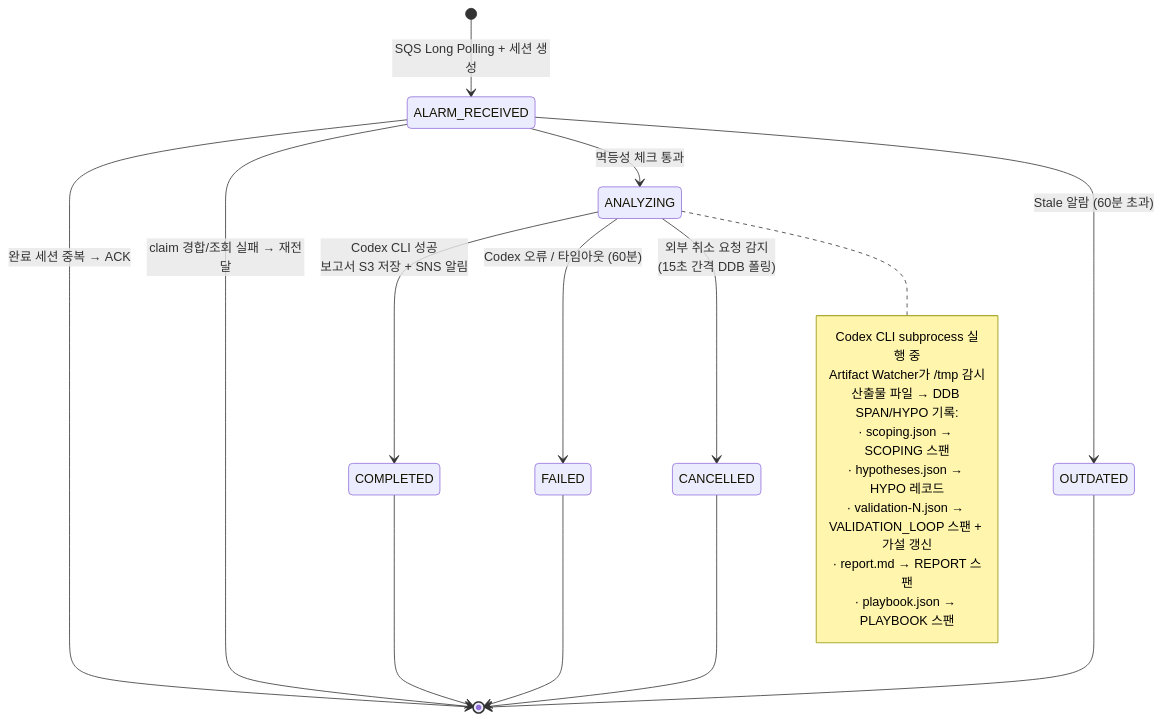
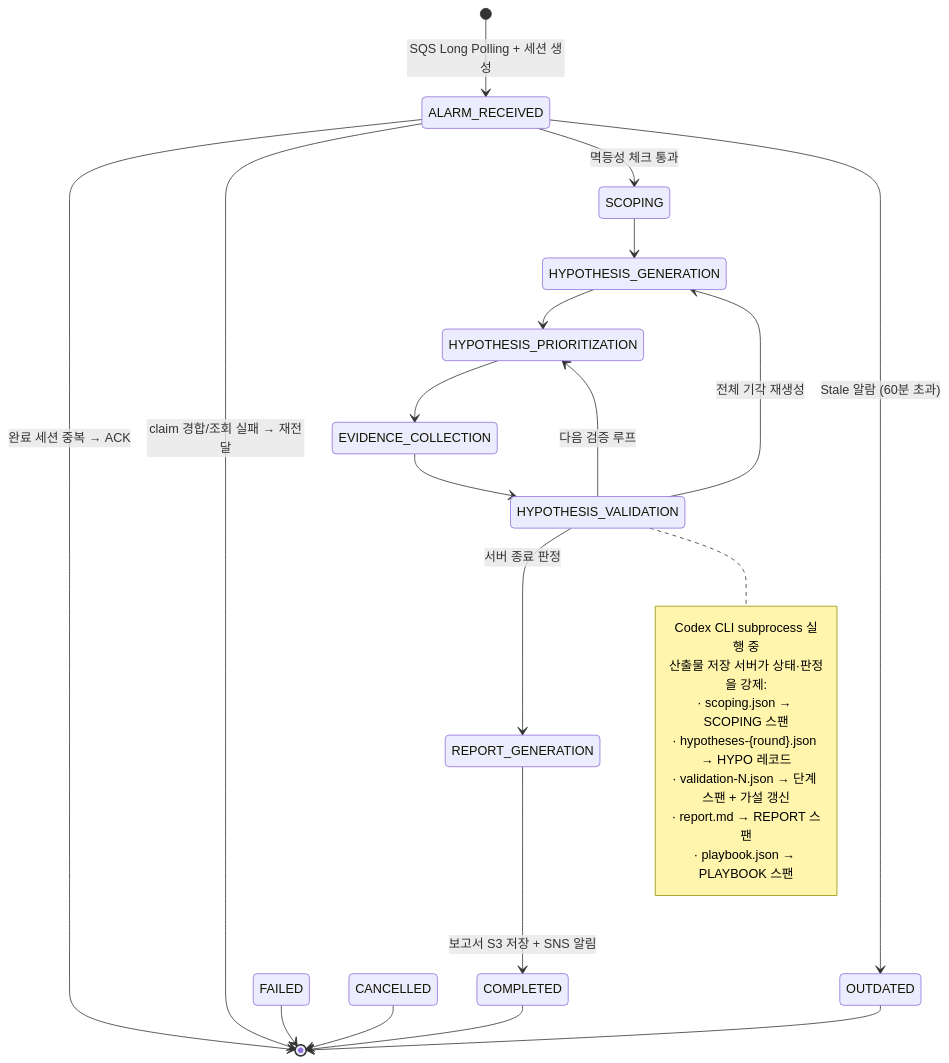
The fifth of 9 diagrams in docs/architecture-and-demo-flow.md (haandol/rca-agent), drawn with Mermaid before and after one commit. The commit also changed other lines of this file and 64 other files, not shown here.

````diff
--- a/docs/architecture-and-demo-flow.md
+++ b/docs/architecture-and-demo-flow.md
@@ -357,30 +356,34 @@
 ```mermaid
 stateDiagram-v2
     [*] --> ALARM_RECEIVED: SQS Long Polling + 세션 생성
 
     ALARM_RECEIVED --> [*]: 완료 세션 중복 → ACK
     ALARM_RECEIVED --> [*]: claim 경합/조회 실패 → 재전달
-    ALARM_RECEIVED --> ANALYZING: 멱등성 체크 통과
+    ALARM_RECEIVED --> SCOPING: 멱등성 체크 통과
     ALARM_RECEIVED --> OUTDATED: Stale 알람 (60분 초과)
 
-    ANALYZING --> COMPLETED: Codex CLI 성공<br/>보고서 S3 저장 + SNS 알림
-    ANALYZING --> FAILED: Codex 오류 / 타임아웃 (60분)
-    ANALYZING --> CANCELLED: 외부 취소 요청 감지<br/>(15초 간격 DDB 폴링)
+    SCOPING --> HYPOTHESIS_GENERATION
+    HYPOTHESIS_GENERATION --> HYPOTHESIS_PRIORITIZATION
+    HYPOTHESIS_PRIORITIZATION --> EVIDENCE_COLLECTION
+    EVIDENCE_COLLECTION --> HYPOTHESIS_VALIDATION
+    HYPOTHESIS_VALIDATION --> HYPOTHESIS_PRIORITIZATION: 다음 검증 루프
+    HYPOTHESIS_VALIDATION --> HYPOTHESIS_GENERATION: 전체 기각 재생성
+    HYPOTHESIS_VALIDATION --> REPORT_GENERATION: 서버 종료 판정
+    REPORT_GENERATION --> COMPLETED: 보고서 S3 저장 + SNS 알림
 
     OUTDATED --> [*]
 
-    note right of ANALYZING
+    note right of HYPOTHESIS_VALIDATION
         Codex CLI subprocess 실행 중
-        Artifact Watcher가 /tmp 감시
-        산출물 파일 → DDB SPAN/HYPO 기록:
+        산출물 저장 서버가 상태·판정을 강제:
         · scoping.json → SCOPING 스팬
-        · hypotheses.json → HYPO 레코드
-        · validation-N.json → VALIDATION_LOOP 스팬 + 가설 갱신
+        · hypotheses-{round}.json → HYPO 레코드
+        · validation-N.json → 단계 스팬 + 가설 갱신
         · report.md → REPORT 스팬
         · playbook.json → PLAYBOOK 스팬
     end note
 
     COMPLETED --> [*]
     FAILED --> [*]
     CANCELLED --> [*]
 ```
````
